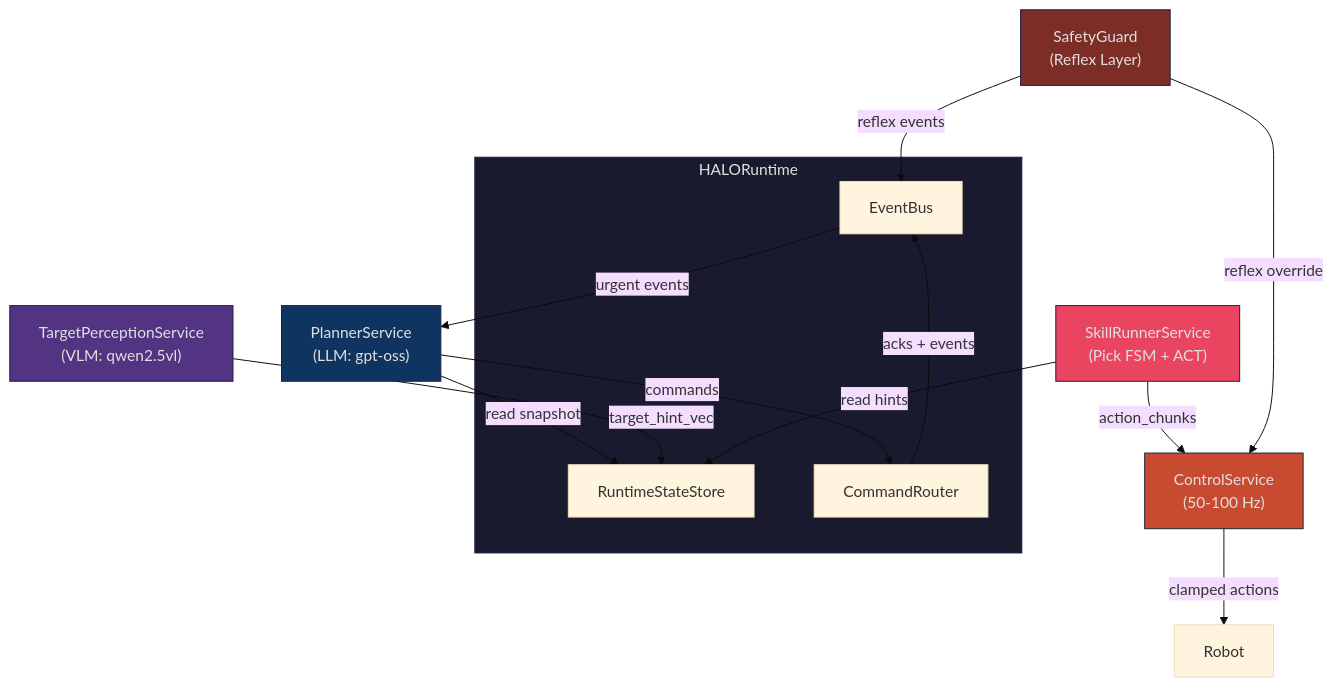
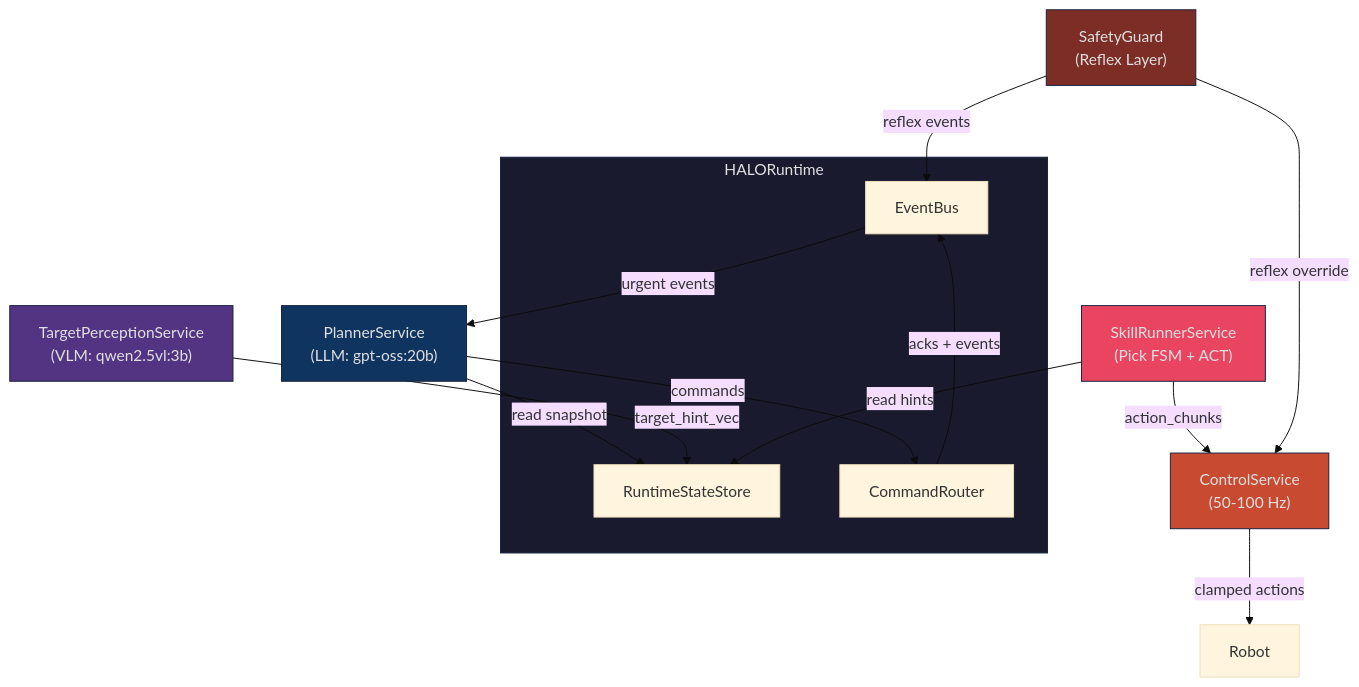
One commit to andrei-ace/HALO changed the first of 10 diagrams in docs/README.md. Above: the diagram before and after it, drawn with Mermaid (base theme). The commit also changed 38 other files, not shown here.

````diff
--- a/docs/README.md
+++ b/docs/README.md
@@ -21,33 +21,33 @@
 ```mermaid
 graph TB
     subgraph Runtime["HALORuntime"]
         SS["RuntimeStateStore"]
         EB["EventBus"]
         CR["CommandRouter"]
     end
 
-    PS["PlannerService\n(LLM: gpt-oss)"]
-    TPS["TargetPerceptionService\n(VLM: qwen2.5vl)"]
+    PS["PlannerService\n(LLM: gpt-oss:20b)"]
+    TPS["TargetPerceptionService\n(VLM: qwen2.5vl:3b)"]
     SRS["SkillRunnerService\n(Pick FSM + ACT)"]
     CS["ControlService\n(50-100 Hz)"]
     SG["SafetyGuard\n(Reflex Layer)"]
 
     PS -->|commands| CR
     CR -->|acks + events| EB
     PS -->|read snapshot| SS
 
     TPS -->|target_hint_vec| SS
     SRS -->|action_chunks| CS
     SRS -->|read hints| SS
     CS -->|clamped actions| Robot["Robot"]
     SG -->|reflex override| CS
     SG -->|reflex events| EB
     EB -->|urgent events| PS
 
     style Runtime fill:#1a1a2e,stroke:#16213e,color:#e0e0e0
     style PS fill:#0f3460,stroke:#16213e,color:#e0e0e0
     style TPS fill:#533483,stroke:#16213e,color:#e0e0e0
     style SRS fill:#e94560,stroke:#16213e,color:#e0e0e0
     style CS fill:#c84b31,stroke:#16213e,color:#e0e0e0
     style SG fill:#7b2d26,stroke:#16213e,color:#e0e0e0
 ```
````
